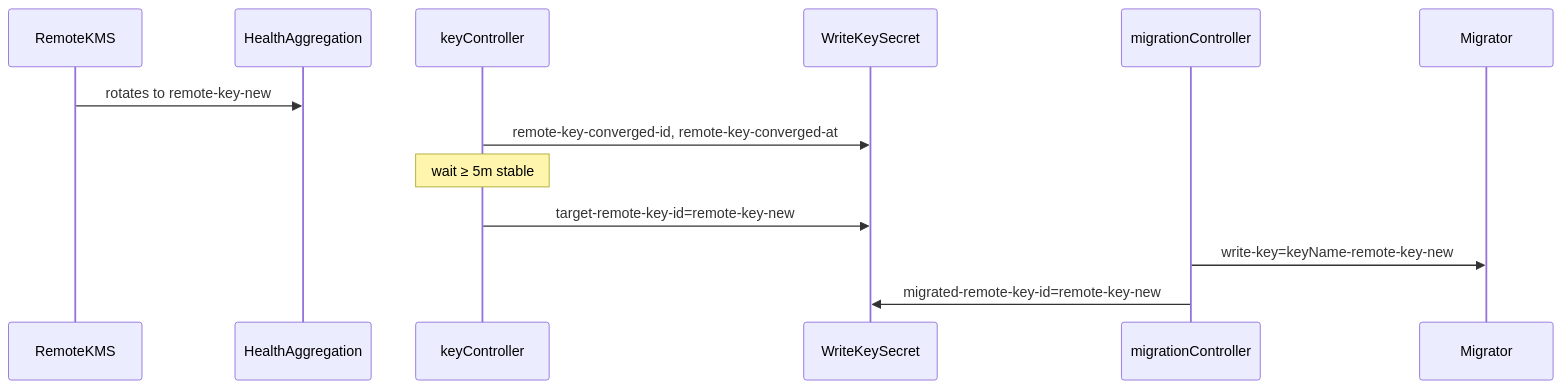
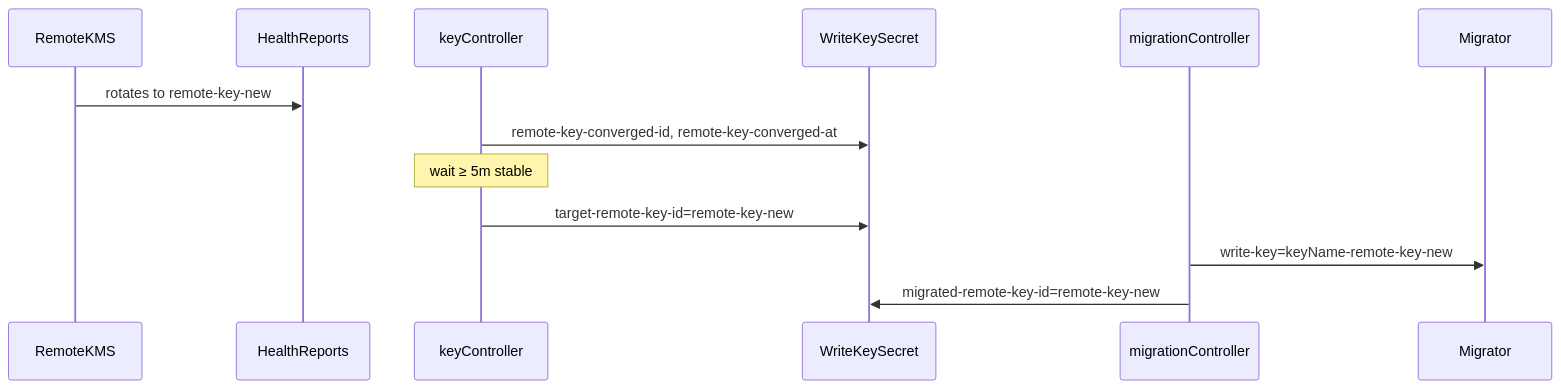
Before and after one commit to openshift/enhancements: the second of 4 diagrams in enhancements/kube-apiserver/kms-encryption-foundations.md, drawn with Mermaid. The commit also changed other lines of this file, not shown here.

First line of the commit message:
NO-JIRA: Update KMS with stale health reports handling

````diff
--- a/enhancements/kube-apiserver/kms-encryption-foundations.md
+++ b/enhancements/kube-apiserver/kms-encryption-foundations.md
@@ -621,16 +623,16 @@
 ```mermaid
 sequenceDiagram
     participant KMS as RemoteKMS
-    participant Health as HealthAggregation
+    participant Health as HealthReports
     participant KeyCtrl as keyController
     participant Secret as WriteKeySecret
     participant MigCtrl as migrationController
     participant SVM as Migrator
 
     KMS->>Health: rotates to remote-key-new
     KeyCtrl->>Secret: remote-key-converged-id, remote-key-converged-at
     Note over KeyCtrl: wait ≥ 5m stable
     KeyCtrl->>Secret: target-remote-key-id=remote-key-new
     MigCtrl->>SVM: write-key=keyName-remote-key-new
     MigCtrl->>Secret: migrated-remote-key-id=remote-key-new
 ```
````
